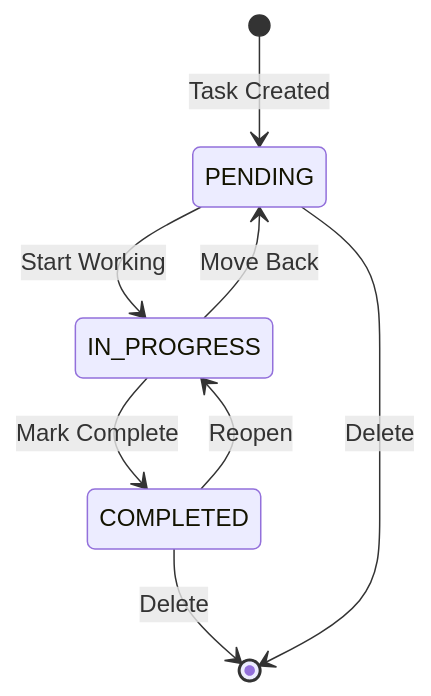
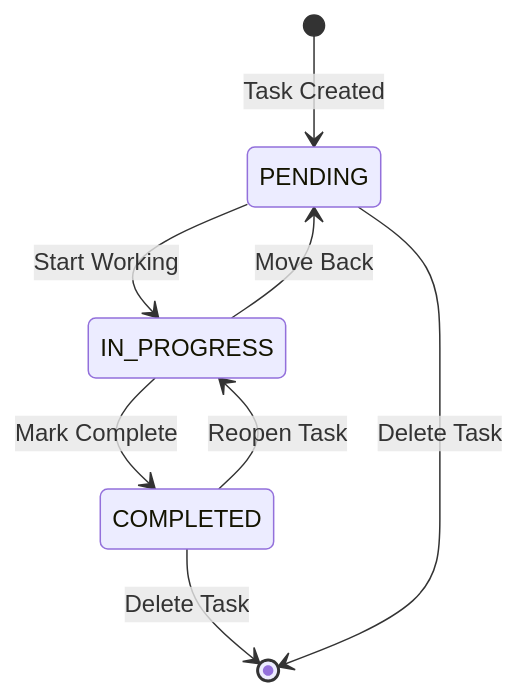
The fifth of 24 diagrams in README.md (anshsharmacse/Real-time-Collaborative-Task-Manager), drawn with Mermaid before and after one commit. The commit also changed other lines of this file, not shown here.

````diff
--- a/README.md
+++ b/README.md
@@ -342,10 +280,10 @@
 ```mermaid
 stateDiagram-v2
     [*] --> PENDING: Task Created
     PENDING --> IN_PROGRESS: Start Working
     IN_PROGRESS --> COMPLETED: Mark Complete
     IN_PROGRESS --> PENDING: Move Back
-    COMPLETED --> IN_PROGRESS: Reopen
-    COMPLETED --> [*]: Delete
-    PENDING --> [*]: Delete
+    COMPLETED --> IN_PROGRESS: Reopen Task
+    COMPLETED --> [*]: Delete Task
+    PENDING --> [*]: Delete Task
 ```
````
